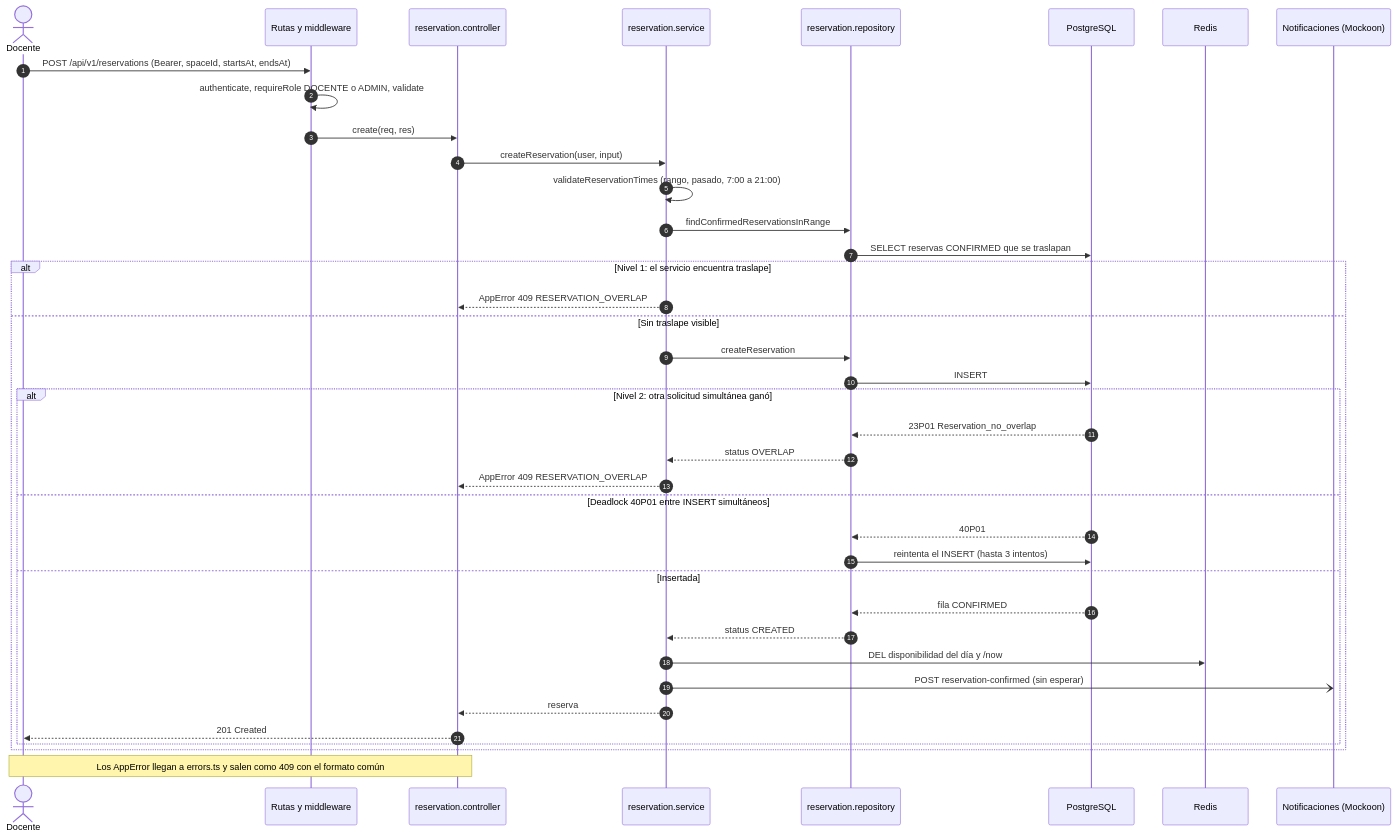
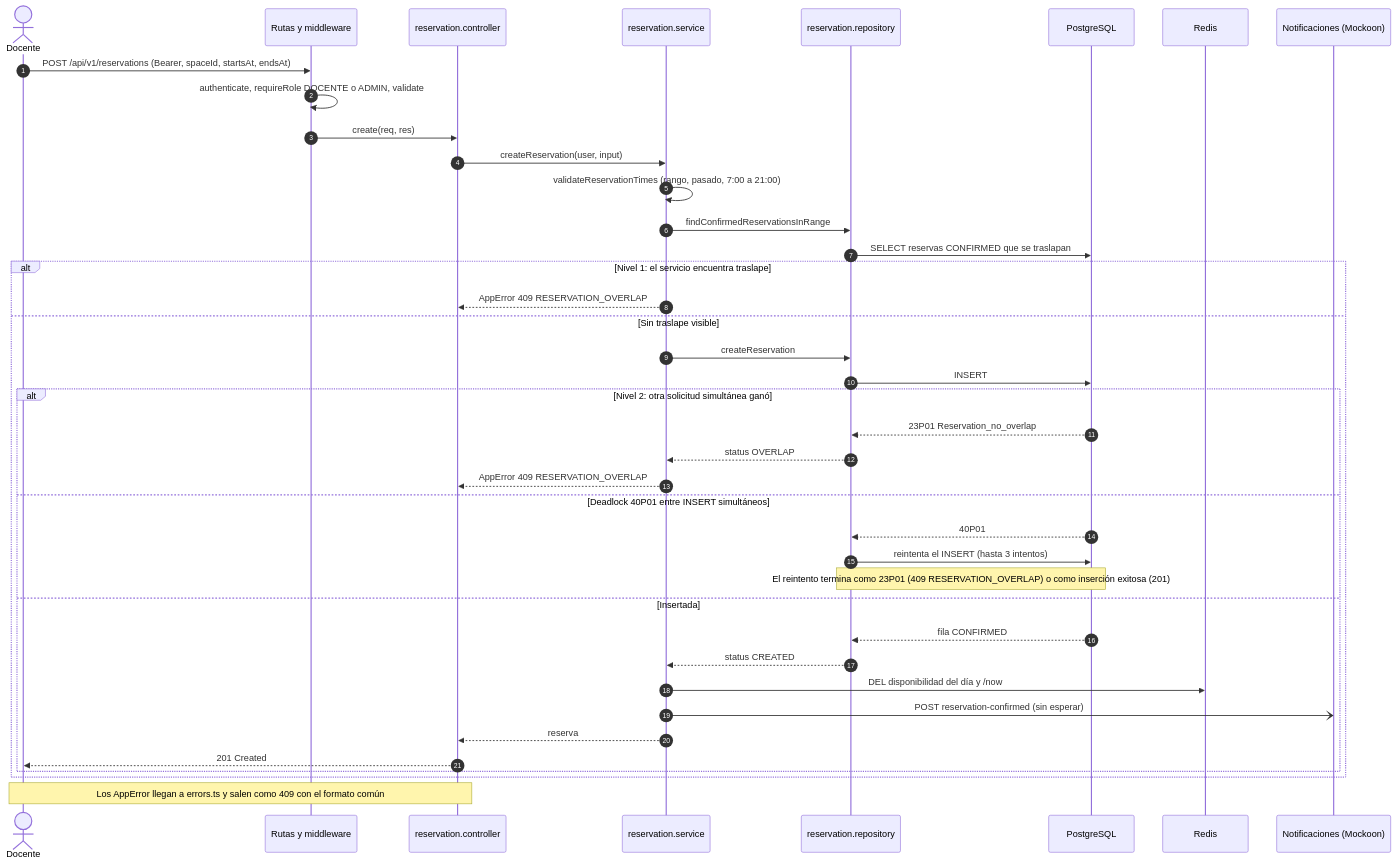
The fifth of 6 diagrams in docs/arquitectura.md (EbalJuarez/Final_Arquitectura), drawn with Mermaid before and after one commit.

Commit message:
docs: indicar cómo termina el reintento ante deadlock en el diagrama de reservas

````diff
--- a/docs/arquitectura.md
+++ b/docs/arquitectura.md
@@ -202,42 +202,43 @@
 ```mermaid
 sequenceDiagram
     autonumber
     actor D as Docente
     participant R as Rutas y middleware
     participant C as reservation.controller
     participant S as reservation.service
     participant Rep as reservation.repository
     participant DB as PostgreSQL
     participant K as Redis
     participant N as Notificaciones (Mockoon)
 
     D->>R: POST /api/v1/reservations (Bearer, spaceId, startsAt, endsAt)
     R->>R: authenticate, requireRole DOCENTE o ADMIN, validate
     R->>C: create(req, res)
     C->>S: createReservation(user, input)
     S->>S: validateReservationTimes (rango, pasado, 7:00 a 21:00)
     S->>Rep: findConfirmedReservationsInRange
     Rep->>DB: SELECT reservas CONFIRMED que se traslapan
     alt Nivel 1: el servicio encuentra traslape
         S-->>C: AppError 409 RESERVATION_OVERLAP
     else Sin traslape visible
         S->>Rep: createReservation
         Rep->>DB: INSERT
         alt Nivel 2: otra solicitud simultánea ganó
             DB-->>Rep: 23P01 Reservation_no_overlap
             Rep-->>S: status OVERLAP
             S-->>C: AppError 409 RESERVATION_OVERLAP
         else Deadlock 40P01 entre INSERT simultáneos
             DB-->>Rep: 40P01
             Rep->>DB: reintenta el INSERT (hasta 3 intentos)
+            Note over Rep,DB: El reintento termina como 23P01 (409 RESERVATION_OVERLAP) o como inserción exitosa (201)
         else Insertada
             DB-->>Rep: fila CONFIRMED
             Rep-->>S: status CREATED
             S->>K: DEL disponibilidad del día y /now
             S-)N: POST reservation-confirmed (sin esperar)
             S-->>C: reserva
             C-->>D: 201 Created
         end
     end
     Note over C,D: Los AppError llegan a errors.ts y salen como 409 con el formato común
 ```
````
